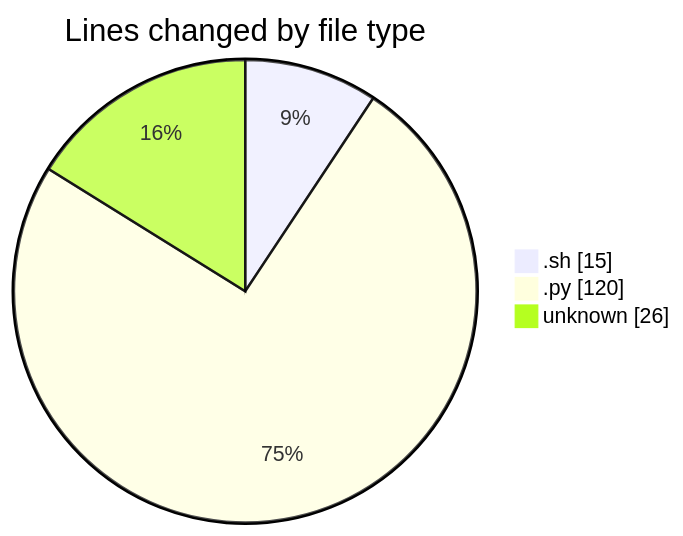
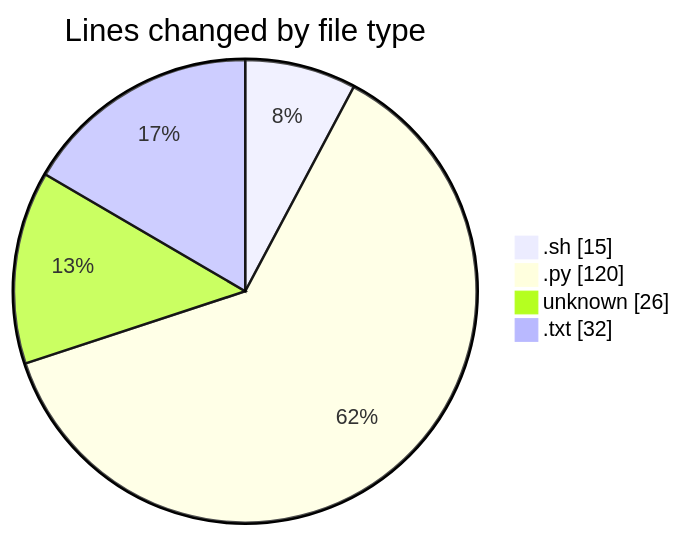
Before and after one commit to momahboobian/code-tracking: the first of 2 diagrams in 2025-01-25/samplepdf/README.md, drawn with Mermaid. The commit also changed other lines of this file and 1 other file, not shown here.

````diff
--- a/2025-01-25/samplepdf/README.md
+++ b/2025-01-25/samplepdf/README.md
@@ -25,7 +26,8 @@
 ```mermaid
 pie showData
 title Lines changed by file type
 ".sh" : 15
 ".py" : 120
 "unknown" : 26
+".txt" : 32
 ```
````
